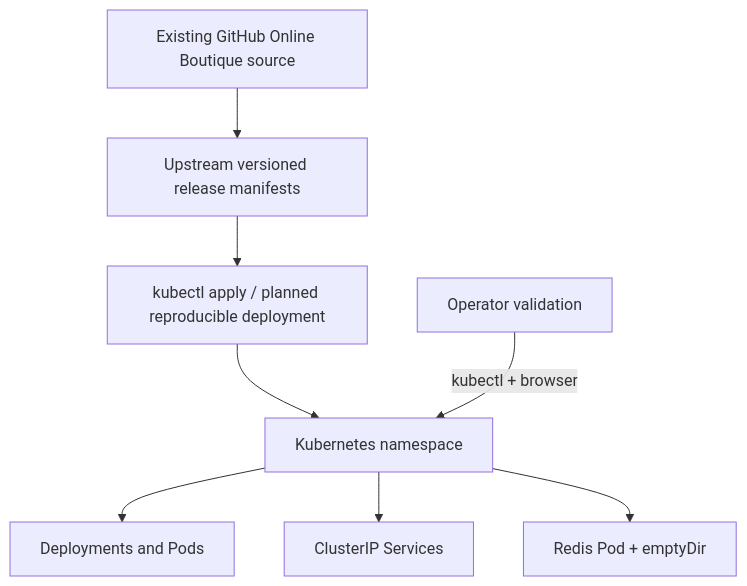
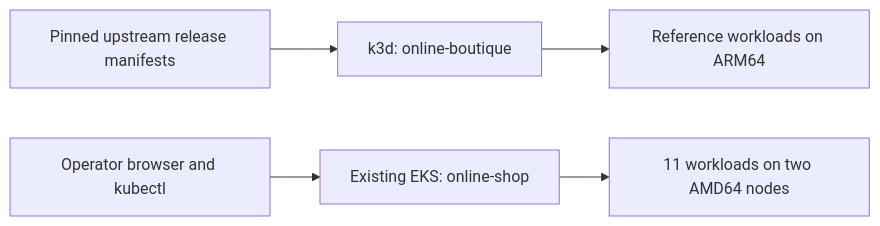
One commit to asambataiden/twn-capstone-04-kubernetes-microservices changed the second of 2 diagrams in docs/architecture.md. Above: the diagram before and after it, drawn with Mermaid. The commit also changed other lines of this file, not shown here.

Commit message:
docs(cap04): concise validation architecture

````diff
--- a/docs/architecture.md
+++ b/docs/architecture.md
@@ -34,10 +29,7 @@
 ```mermaid
-flowchart TB
-    REF[Existing GitHub Online Boutique source] --> ART[Upstream versioned release manifests]
-    ART --> KUBECTL[kubectl apply / planned reproducible deployment]
-    KUBECTL --> NS[Kubernetes namespace]
-    NS --> DEP[Deployments and Pods]
-    NS --> SVC[ClusterIP Services]
-    NS --> REDIS[Redis Pod + emptyDir]
-    TEST[Operator validation] -->|kubectl + browser| NS
+flowchart LR
+    Source[Pinned upstream release manifests] --> Local[k3d: online-boutique]
+    Operator[Operator browser and kubectl] --> EKS[Existing EKS: online-shop]
+    Local --> Pods1[Reference workloads on ARM64]
+    EKS --> Pods2[11 workloads on two AMD64 nodes]
 ```
````
